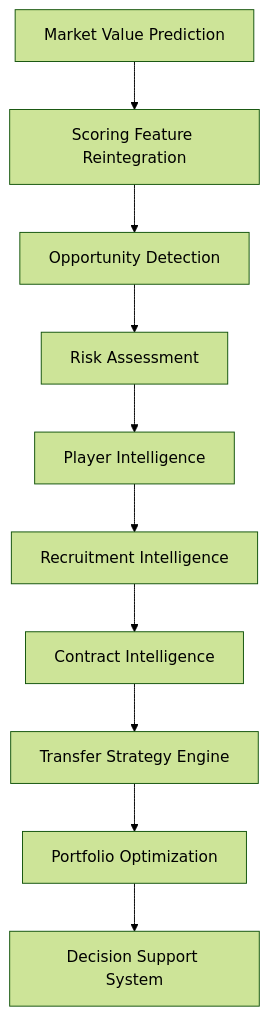
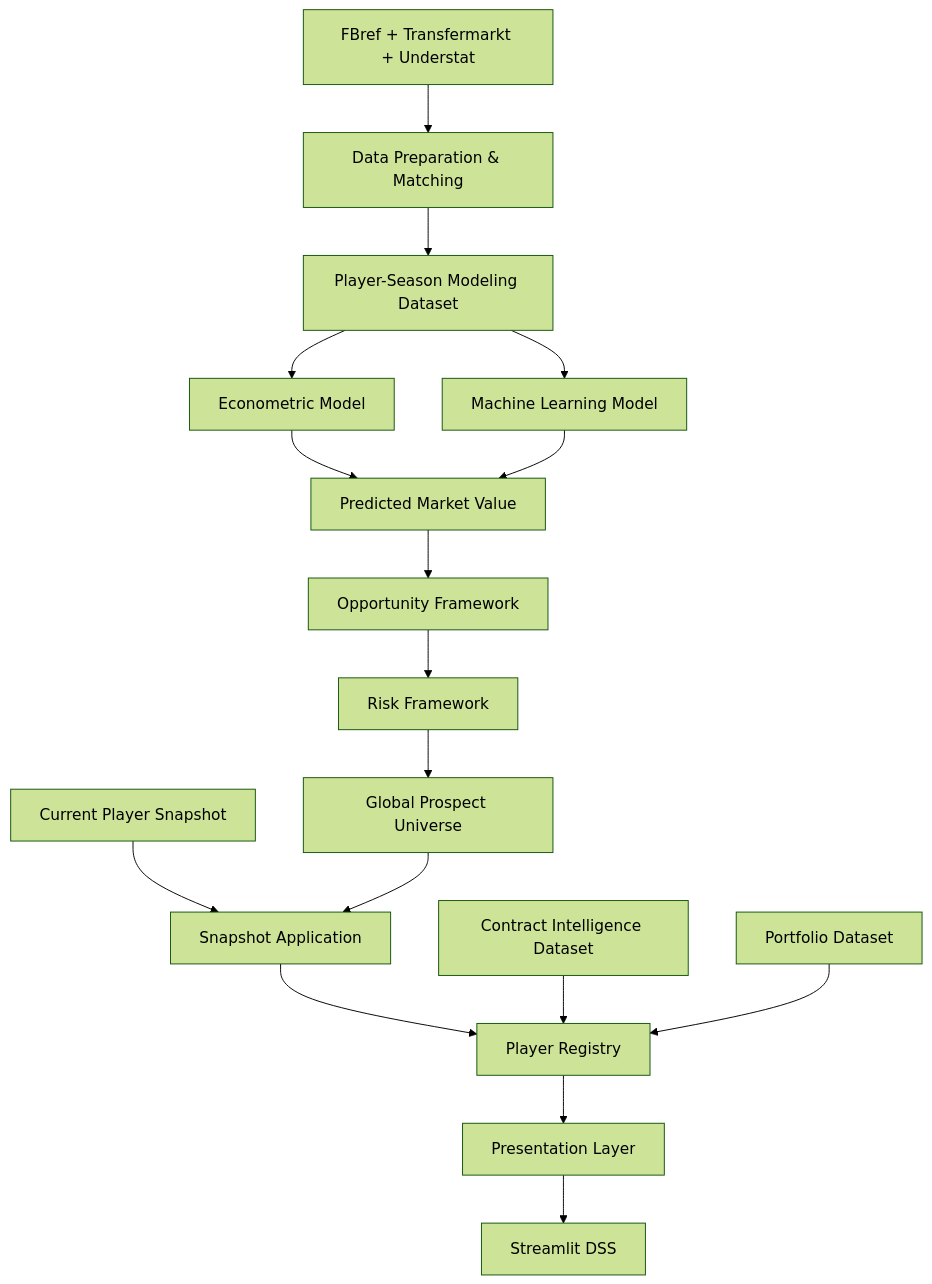
One commit to manuelpeba/market-value-football-tfm changed the first of 2 diagrams in README.md. Above: the diagram before and after it, drawn with Mermaid (forest theme). The commit also changed other lines of this file, not shown here.

Commit message:
docs: update README for DSS v2 architecture and productization

````diff
--- a/README.md
+++ b/README.md
@@ -397,22 +489,33 @@
 ```mermaid
 flowchart TD
 
-A[Market Value Prediction]
---> B[Scoring Feature Reintegration]
+A[FBref + Transfermarkt + Understat]
+--> B[Data Preparation & Matching]
 
-B --> C[Opportunity Detection]
+B --> C[Player-Season Modeling Dataset]
 
-C --> D[Risk Assessment]
+C --> D[Econometric Model]
+C --> E[Machine Learning Model]
 
-D --> E[Player Intelligence]
+D --> F[Predicted Market Value]
+E --> F
 
-E --> F[Recruitment Intelligence]
+F --> G[Opportunity Framework]
+G --> H[Risk Framework]
 
-F --> G[Contract Intelligence]
+H --> I[Global Prospect Universe]
 
-G --> H[Transfer Strategy Engine]
+J[Current Player Snapshot]
+--> K[Snapshot Application]
 
-H --> I[Portfolio Optimization]
+I --> K
 
-I --> J[Decision Support System]
+K --> L[Player Registry]
+M[Contract Intelligence Dataset]
+--> L
+N[Portfolio Dataset]
+--> L
+
+L --> O[Presentation Layer]
+O --> P[Streamlit DSS]
 ```
````
